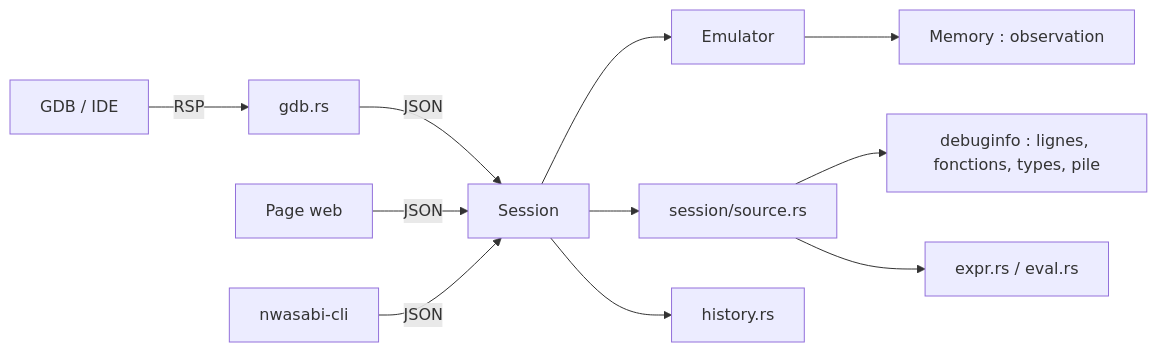
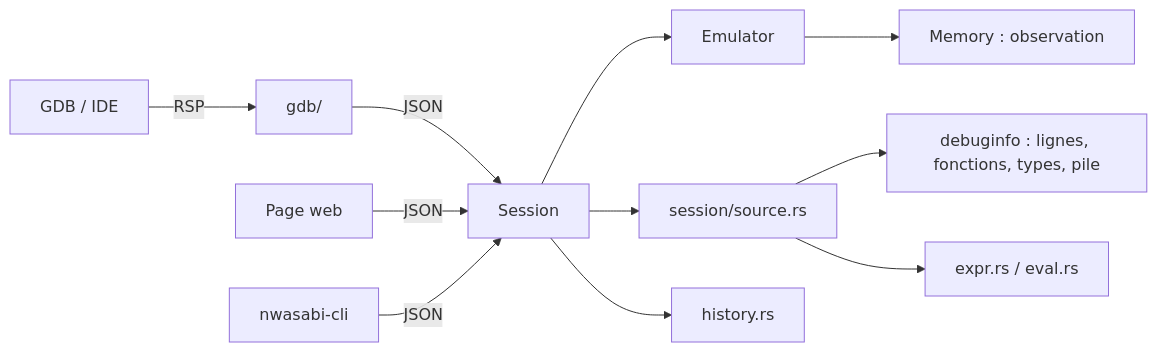
Before and after one commit to Oignontom8283/nwasabi: the diagram in docs/fonctionnement/debogage/index.md, drawn with Mermaid. The commit also changed other lines of this file and 2 other files, not shown here.

Commit message:
docs(debug): point the GDB pages at the new src/gdb folder

````diff
--- a/docs/fonctionnement/debogage/index.md
+++ b/docs/fonctionnement/debogage/index.md
@@ -16,13 +16,13 @@
 ```mermaid
 flowchart LR
-  gdb[GDB / IDE] -->|RSP| srv[gdb.rs]
+  gdb[GDB / IDE] -->|RSP| srv[gdb/]
   srv -->|JSON| ses[Session]
   page[Page web] -->|JSON| ses
   cli[nwasabi-cli] -->|JSON| ses
   ses --> emu[Emulator]
   ses --> src[session/source.rs]
   src --> dbg[debuginfo : lignes, fonctions, types, pile]
   src --> expr[expr.rs / eval.rs]
   ses --> his[history.rs]
   emu --> mem[Memory : observation]
 ```
````
